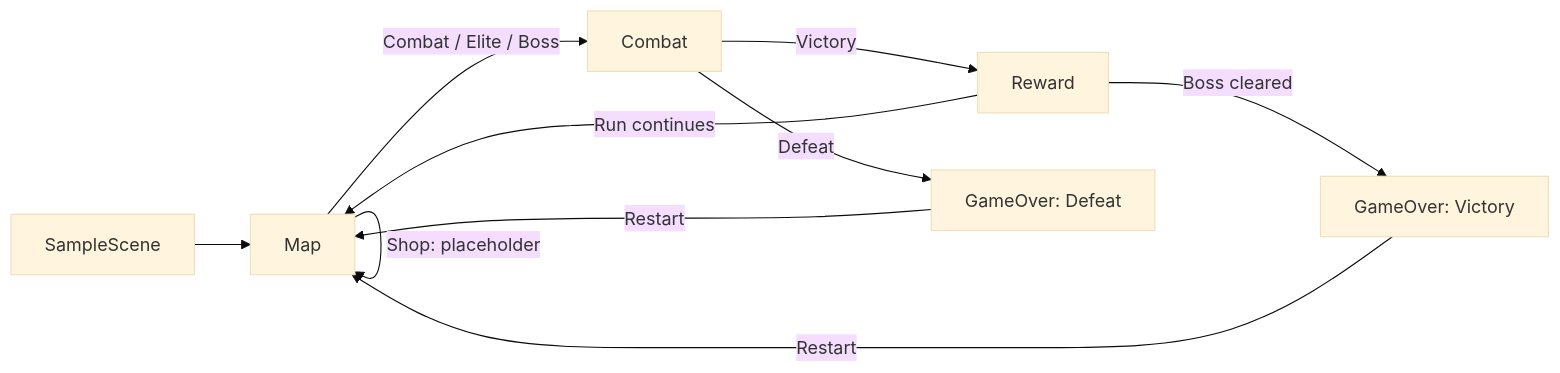
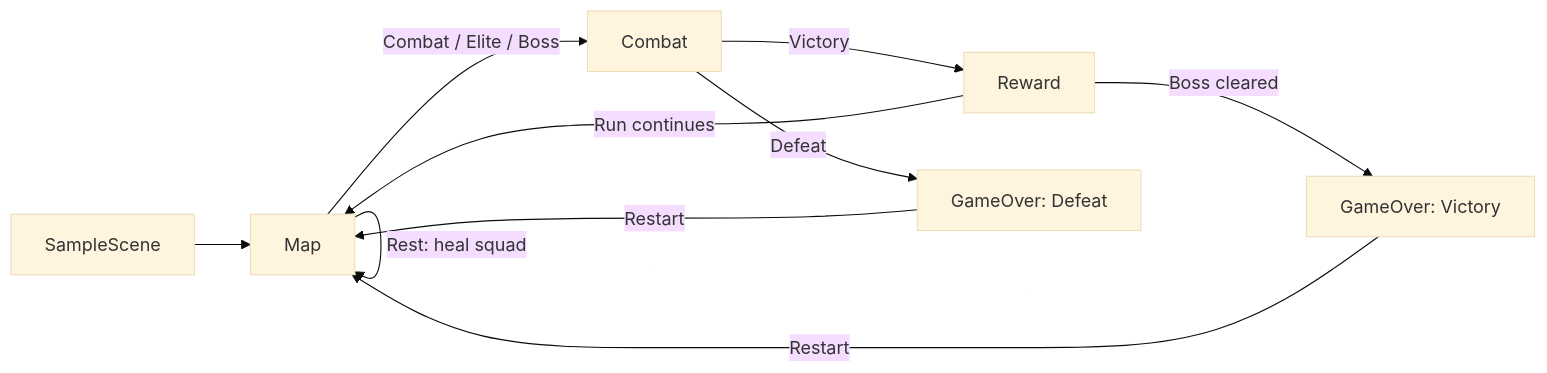
Before and after one commit to NicoRuedaA/tactical-prototype: the diagram in README.md, drawn with Mermaid (base theme). The commit also changed other lines of this file and 4 other files, not shown here.

Commit message:
fix(map): remove non-actionable shop nodes

````diff
--- a/README.md
+++ b/README.md
@@ -29,13 +29,12 @@
 ```mermaid
 flowchart LR
     Bootstrap[SampleScene] --> Map
     Map -->|Combat / Elite / Boss| Combat
     Map -->|Rest: heal squad| Map
-    Map -->|Shop: placeholder| Map
     Combat -->|Victory| Reward
     Combat -->|Defeat| GameOver[GameOver: Defeat]
     Reward -->|Run continues| Map
     Reward -->|Boss cleared| Victory[GameOver: Victory]
     GameOver -->|Restart| Map
     Victory -->|Restart| Map
 ```
````
